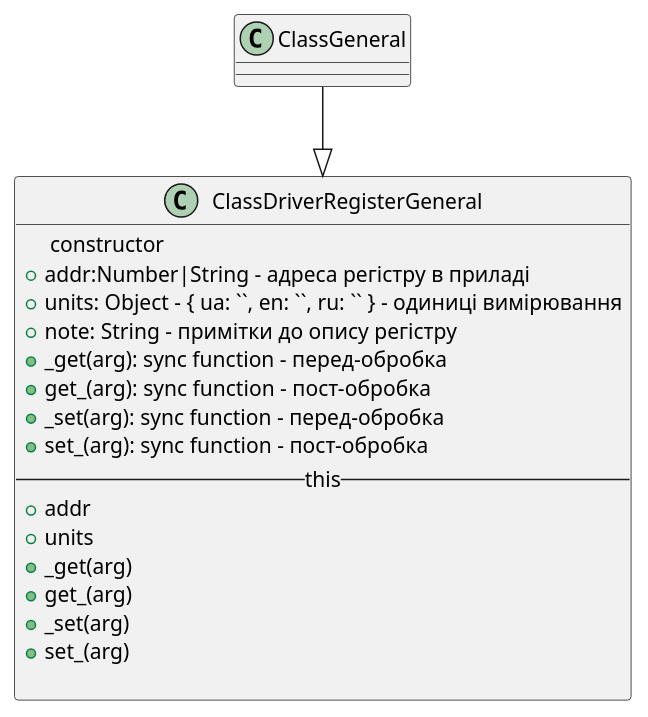
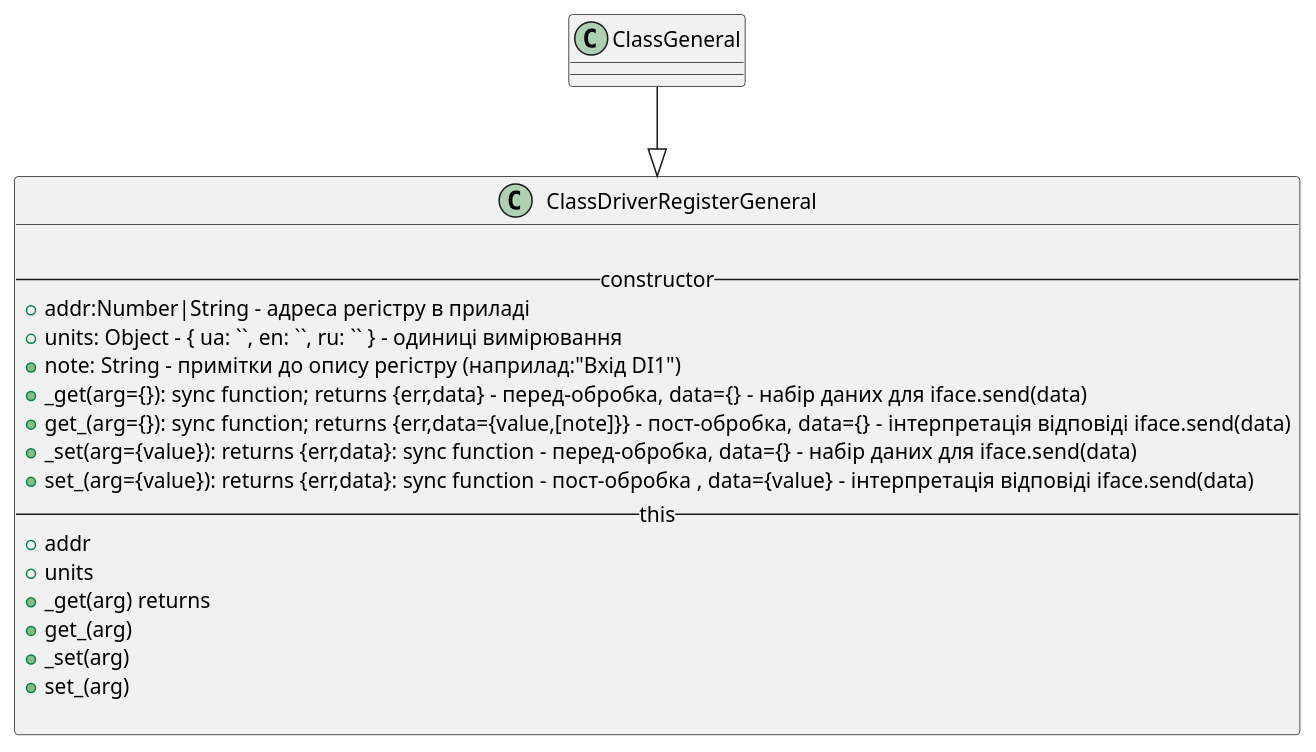
Before and after one commit to YVitalii/ASUTP2021: the diagram in devices/classDeviceGeneral/ClassDriverRegisterGeneral.puml, drawn with PlantUML. The commit also changed 4 other files, not shown here.

```diff
--- a/devices/classDeviceGeneral/ClassDriverRegisterGeneral.puml
+++ b/devices/classDeviceGeneral/ClassDriverRegisterGeneral.puml
@@ -1,22 +1,23 @@
 
 
 class "ClassDriverRegisterGeneral" as ClassDriverRegisterGeneral {
-    -- constructor -- 
+    
+    -- constructor  --
     +addr:Number|String - адреса регістру в приладі
     +units: Object - { ua: ``, en: ``, ru: `` } - одиниці вимірювання
-    +note: String - примітки до опису регістру
-    +_get(arg): sync function - перед-обробка 
-    +get_(arg): sync function - пост-обробка 
-    +_set(arg): sync function - перед-обробка 
-    +set_(arg): sync function - пост-обробка 
+    +note: String - примітки до опису регістру (наприлад:"Вхід DI1")
+    +_get(arg={}): sync function; returns {err,data} - перед-обробка, data={} - набір даних для iface.send(data)   
+    +get_(arg={}): sync function; returns {err,data={value,[note]}} - пост-обробка, data={} - інтерпретація відповіді iface.send(data)
+    +_set(arg={value}): returns {err,data}: sync function - перед-обробка, data={} - набір даних для iface.send(data)
+    +set_(arg={value}): returns {err,data}: sync function - пост-обробка , data={value} - інтерпретація відповіді iface.send(data)
     -- this  --
     +addr
     +units
-    +_get(arg)
+    +_get(arg) returns 
     +get_(arg)
     +_set(arg)
     +set_(arg)
     
 }
 
 ClassGeneral ==|> ClassDriverRegisterGeneral  
```
